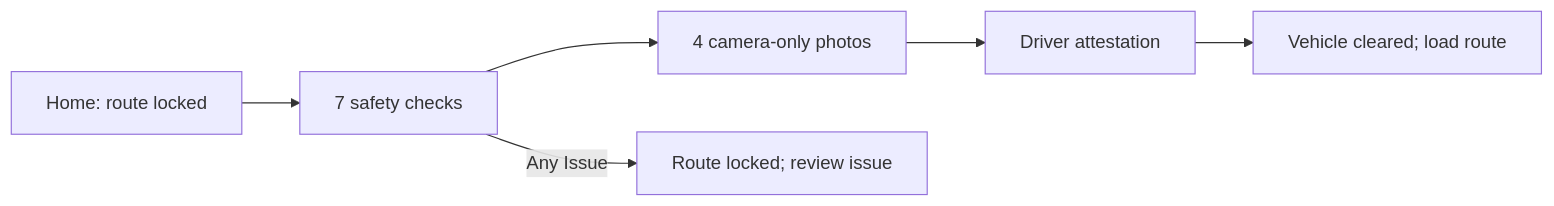
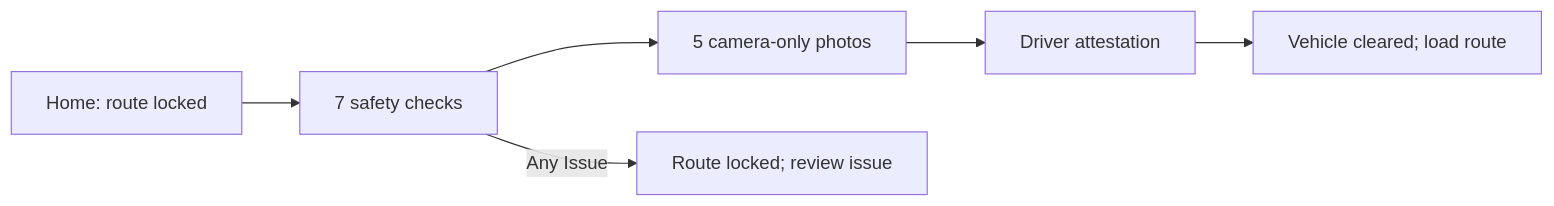
Before and after one commit to yarsuleimenov-code/Mobile_app: the first of 4 diagrams in docs/mobile-app/business-overview.md, drawn with Mermaid. The commit also changed other lines of this file and 22 other files, not shown here.

````diff
--- a/docs/mobile-app/business-overview.md
+++ b/docs/mobile-app/business-overview.md
@@ -39,8 +40,8 @@
 ```mermaid
 flowchart LR
   A["Home: route locked"] --> B["7 safety checks"]
-  B --> C["4 camera-only photos"]
+  B --> C["5 camera-only photos"]
   C --> D["Driver attestation"]
   D --> E["Vehicle cleared; load route"]
   B -->|Any Issue| F["Route locked; review issue"]
 ```
````
